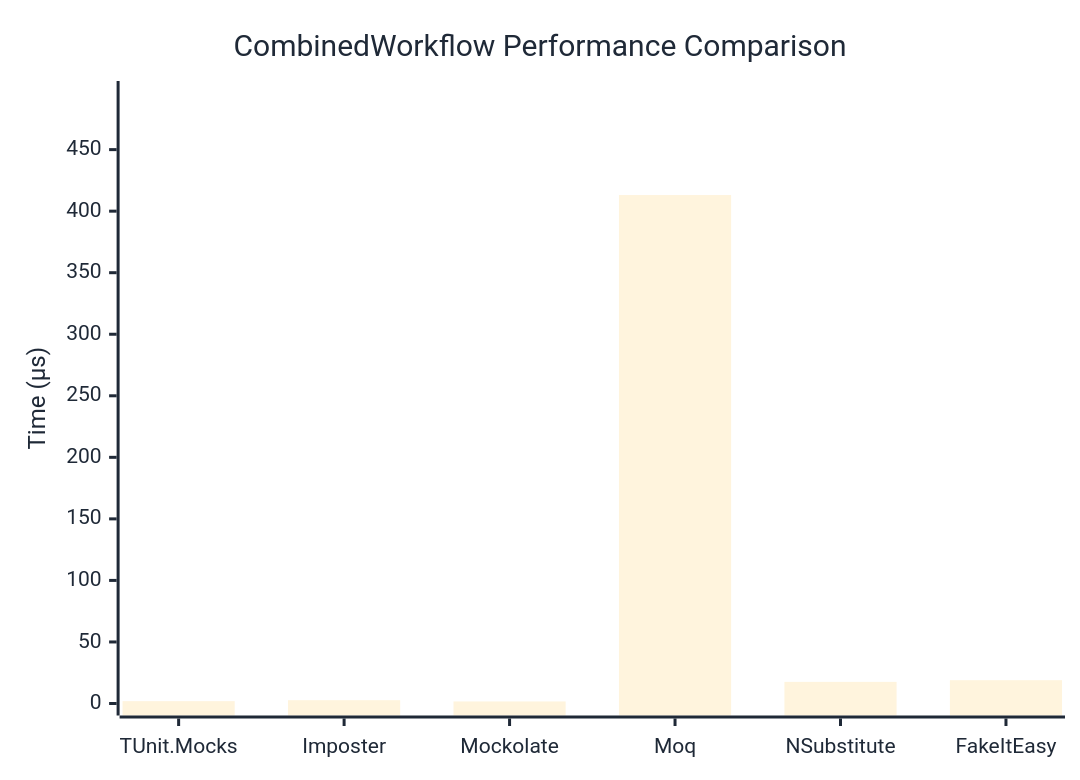
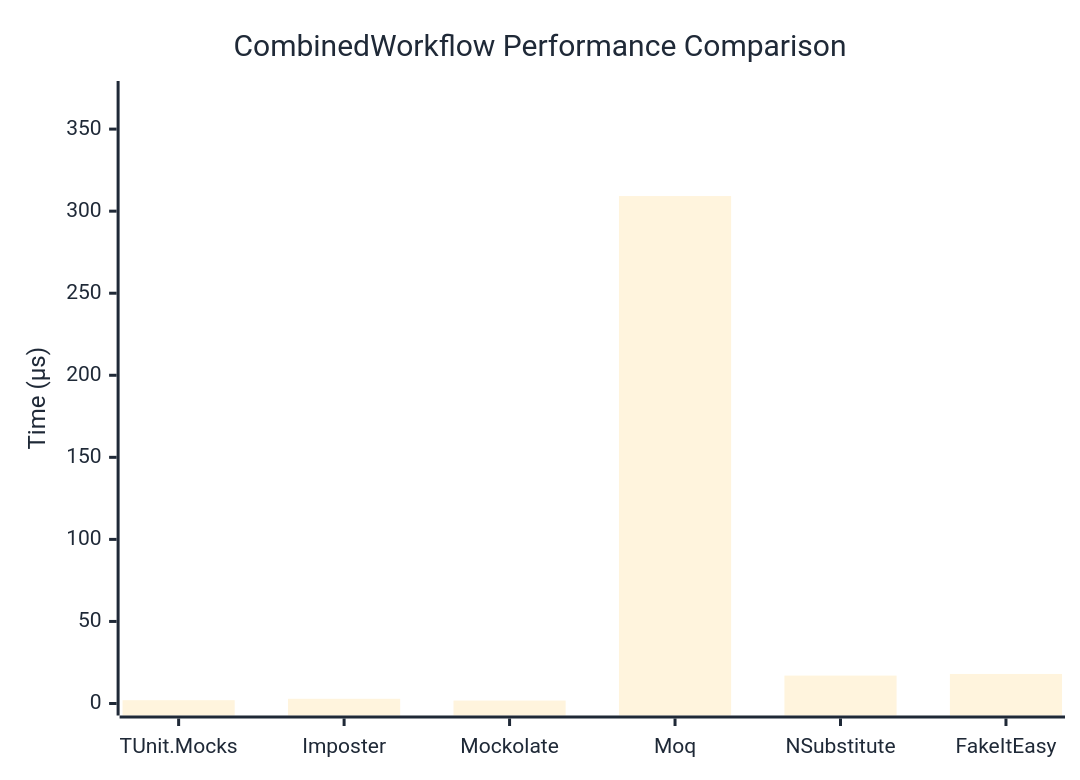
One commit to thomhurst/TUnit changed the diagram in docs/docs/benchmarks/mocks/CombinedWorkflow.md. Above: the diagram before and after it, drawn with Mermaid. The commit also changed other lines of this file and 14 other files, not shown here.

````diff
--- a/docs/docs/benchmarks/mocks/CombinedWorkflow.md
+++ b/docs/docs/benchmarks/mocks/CombinedWorkflow.md
@@ -30,27 +30,27 @@
 ```mermaid
 %%{init: {
   'theme':'base',
   'themeVariables': {
     'primaryColor': '#2563eb',
     'primaryTextColor': '#1f2937',
     'primaryBorderColor': '#1e40af',
     'lineColor': '#6b7280',
     'secondaryColor': '#7c3aed',
     'tertiaryColor': '#dc2626',
     'background': '#ffffff',
     'pie1': '#2563eb',
     'pie2': '#7c3aed',
     'pie3': '#dc2626',
     'pie4': '#f59e0b',
     'pie5': '#10b981',
     'pie6': '#06b6d4',
     'pie7': '#ec4899',
     'pie8': '#6366f1'
   }
 }}%%
 xychart-beta
   title "CombinedWorkflow Performance Comparison"
   x-axis ["TUnit.Mocks", "Imposter", "Mockolate", "Moq", "NSubstitute", "FakeItEasy"]
-  y-axis "Time (μs)" 0 --> 496
-  bar [1.912, 2.689, 1.677, 413.084, 17.577, 18.928]
+  y-axis "Time (μs)" 0 --> 372
+  bar [2.009, 2.866, 1.784, 309.209, 17.004, 17.991]
 ```
````
